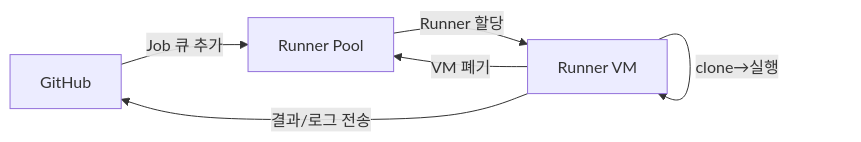
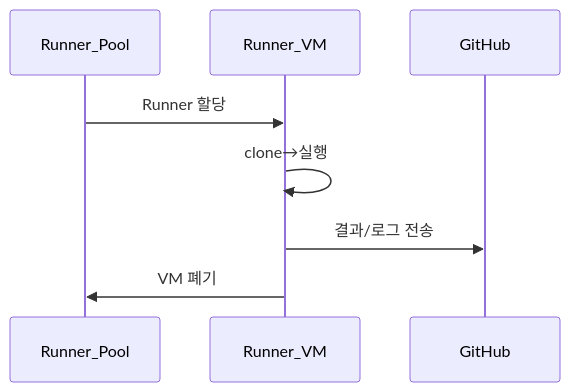
The second of 5 diagrams in _posts/cicd/2026-05-03-github-actions-deep.md (yjkim2015/yjkim2015.github.io), drawn with Mermaid before and after one commit. The commit also changed 89 other files, not shown here.

First line of the commit message:
복잡한 flowchart 163개 → sequenceDiagram 변환 (90파일)

````diff
--- a/_posts/cicd/2026-05-03-github-actions-deep.md
+++ b/_posts/cicd/2026-05-03-github-actions-deep.md
@@ -47,8 +47,7 @@
 ```mermaid
-graph LR
-    GH["GitHub"] -->|"Job 큐 추가"| POOL["Runner Pool"]
-    POOL -->|"Runner 할당"| VM["Runner VM"]
-    VM -->|"clone→실행"| VM
-    VM -->|"결과/로그 전송"| GH
-    VM -->|"VM 폐기"| POOL
+sequenceDiagram
+    Runner_Pool->>Runner_VM: Runner 할당
+    Runner_VM->>Runner_VM: clone→실행
+    Runner_VM->>GitHub: 결과/로그 전송
+    Runner_VM->>Runner_Pool: VM 폐기
 ```
````
